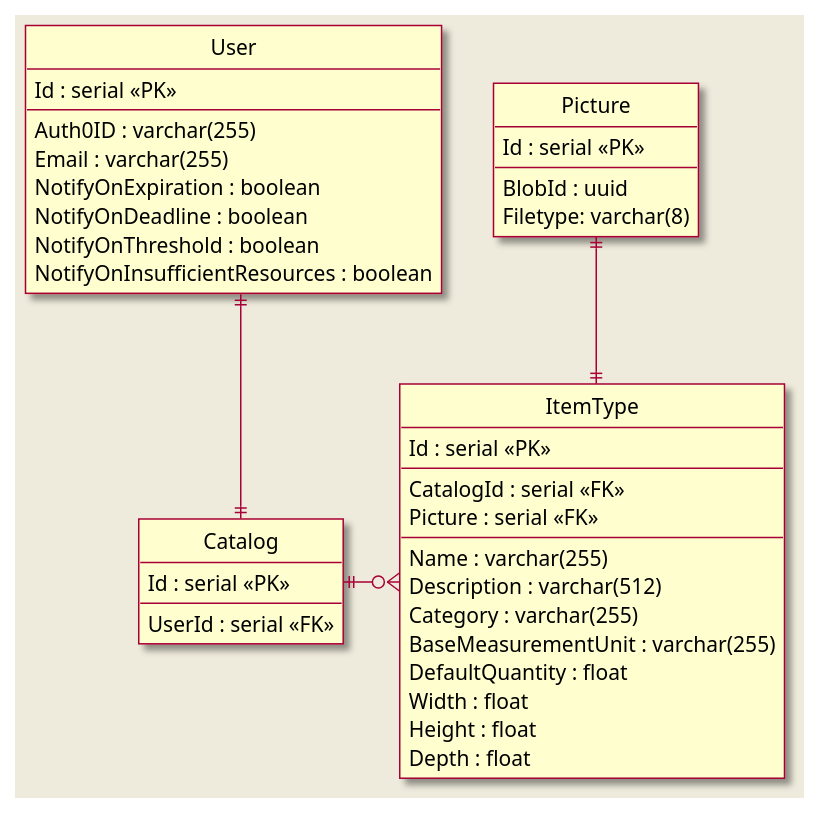
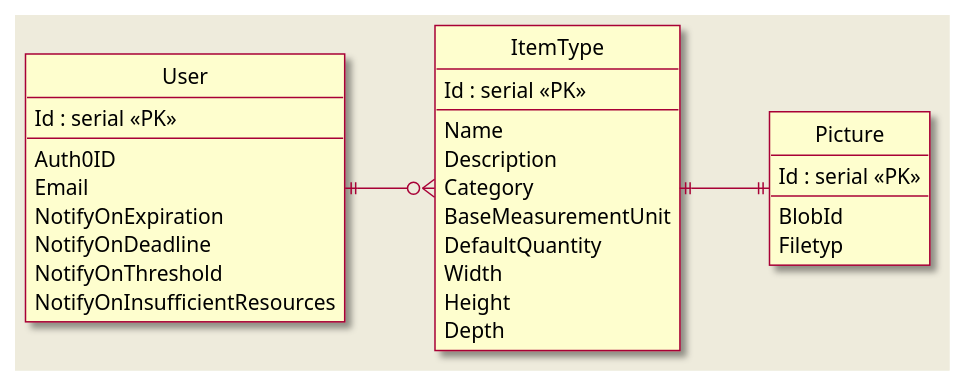
Before and after one commit to Lingers-3/project: the diagram in diagrams/er.pu, drawn with PlantUML. The commit also changed 1 other file, not shown here.

Commit message:
updated er diagram

```diff
--- a/diagrams/er.pu
+++ b/diagrams/er.pu
@@ -1,51 +1,42 @@
 @startuml
 skin rose
 skinparam backgroundColor #EEEBDC
 hide circle
 skinparam linetype ortho
-/' left to right direction '/
+left to right direction
 
 entity User {
   Id : serial <<PK>>
   --
-  Auth0ID : varchar(255)
-  Email : varchar(255)
-  NotifyOnExpiration : boolean
-  NotifyOnDeadline : boolean
-  NotifyOnThreshold : boolean
-  NotifyOnInsufficientResources : boolean
+  Auth0ID
+  Email
+  NotifyOnExpiration
+  NotifyOnDeadline
+  NotifyOnThreshold
+  NotifyOnInsufficientResources
 }
 
-entity Catalog {
-  Id : serial <<PK>>
-  --
-  UserId : serial <<FK>>
-}
 
 entity ItemType {
   Id : serial <<PK>>
   --
-  CatalogId : serial <<FK>>
-  Picture : serial <<FK>>
-  --
-  Name : varchar(255)
-  Description : varchar(512)
-  Category : varchar(255)
-  BaseMeasurementUnit : varchar(255)
-  DefaultQuantity : float
-  Width : float
-  Height : float
-  Depth : float
+  Name
+  Description
+  Category
+  BaseMeasurementUnit
+  DefaultQuantity
+  Width
+  Height
+  Depth
 }
 
 entity Picture {
   Id : serial <<PK>>
   --
-  BlobId : uuid
-  Filetype: varchar(8)
+  BlobId
+  Filetyp
 }
 
-User    ||-d-|| Catalog
-Catalog ||-r-o{ ItemType
-ItemType ||-u-|| Picture
+User ||--o{ ItemType
+ItemType ||--|| Picture
 @enduml
```
